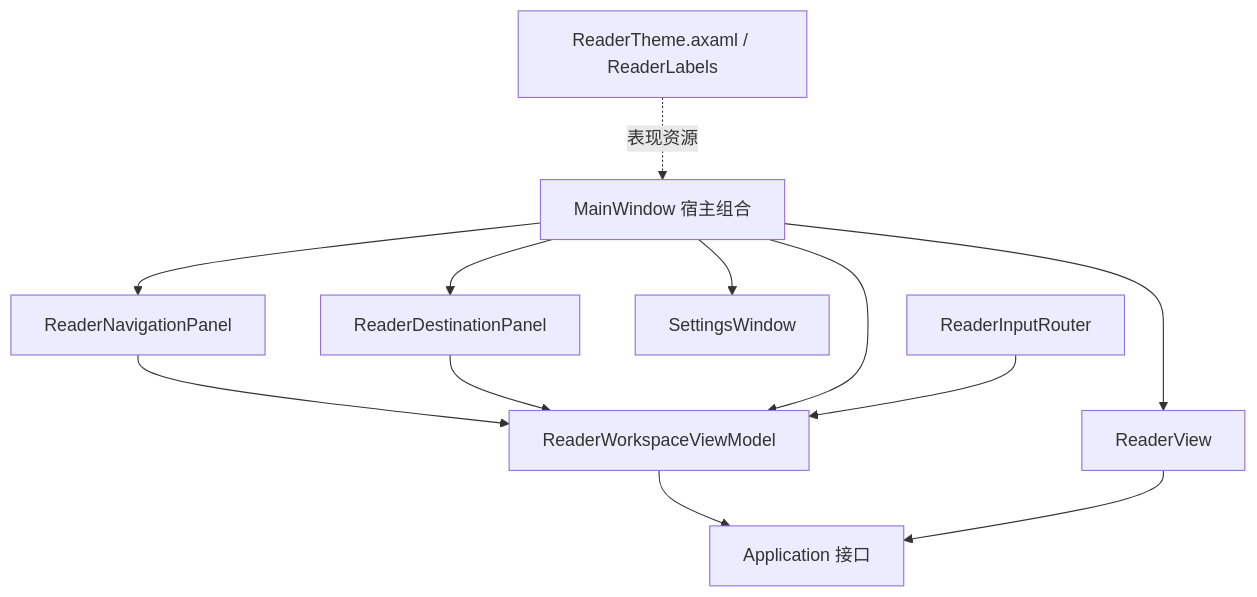
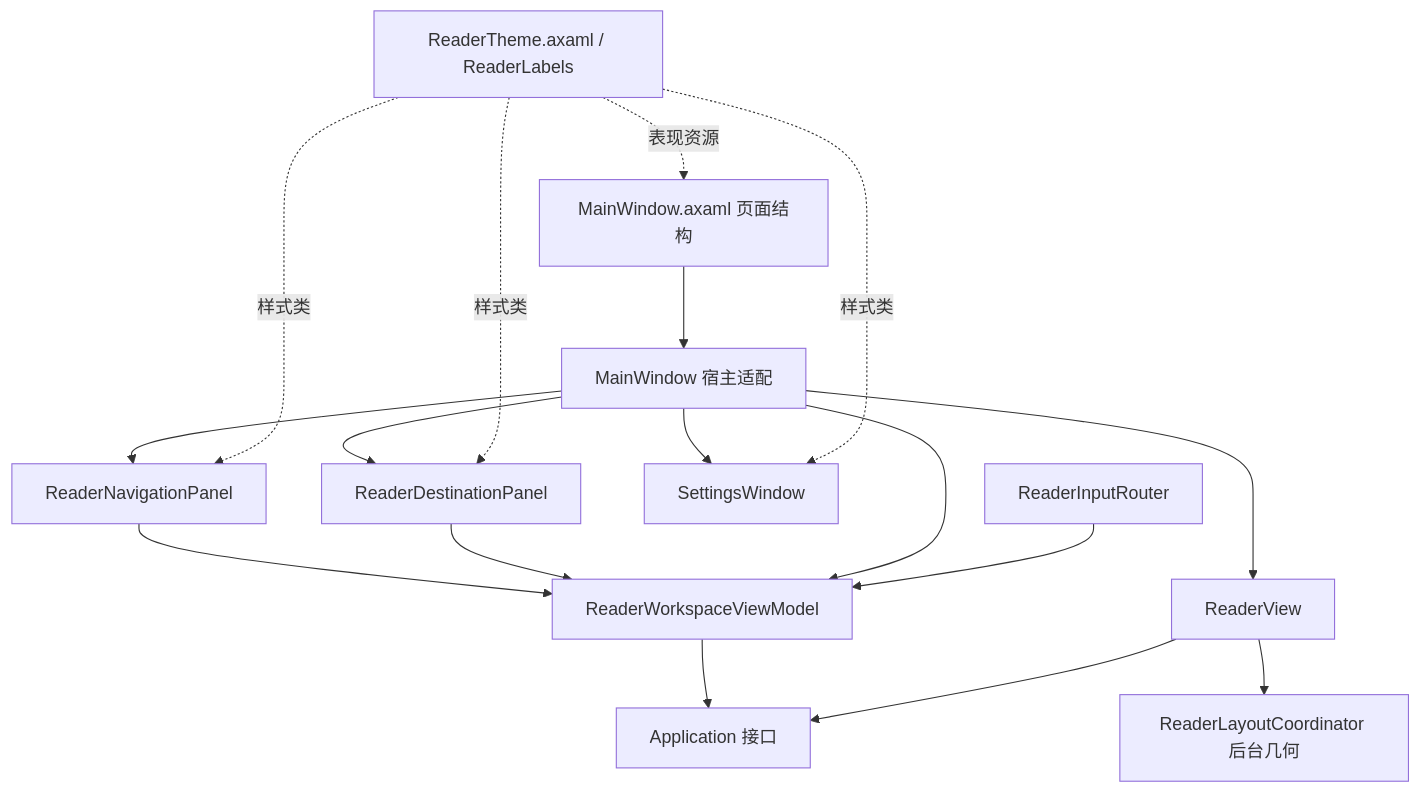
The diagram in portable/docs/frontend-boundaries.md (ump45nose/NeeView), drawn with Mermaid before and after one commit. The commit also changed other lines of this file and 15 other files, not shown here.

````diff
--- a/portable/docs/frontend-boundaries.md
+++ b/portable/docs/frontend-boundaries.md
@@ -7,14 +7,19 @@
 ```mermaid
 flowchart TB
-  Window[MainWindow 宿主组合] --> Navigation[ReaderNavigationPanel]
+  Shell[MainWindow.axaml 页面结构] --> Window[MainWindow 宿主适配]
+  Window --> Navigation[ReaderNavigationPanel]
   Window --> Destinations[ReaderDestinationPanel]
   Window --> Viewer[ReaderView]
   Window --> Settings[SettingsWindow]
   Navigation --> VM[ReaderWorkspaceViewModel]
   Destinations --> VM
   Window --> VM
   Input[ReaderInputRouter] --> VM
   VM --> App[Application 接口]
   Viewer --> App
-  Theme[ReaderTheme.axaml / ReaderLabels] -.表现资源.-> Window
+  Viewer --> Geometry[ReaderLayoutCoordinator 后台几何]
+  Theme[ReaderTheme.axaml / ReaderLabels] -.表现资源.-> Shell
+  Theme -.样式类.-> Navigation
+  Theme -.样式类.-> Destinations
+  Theme -.样式类.-> Settings
 ```
````
